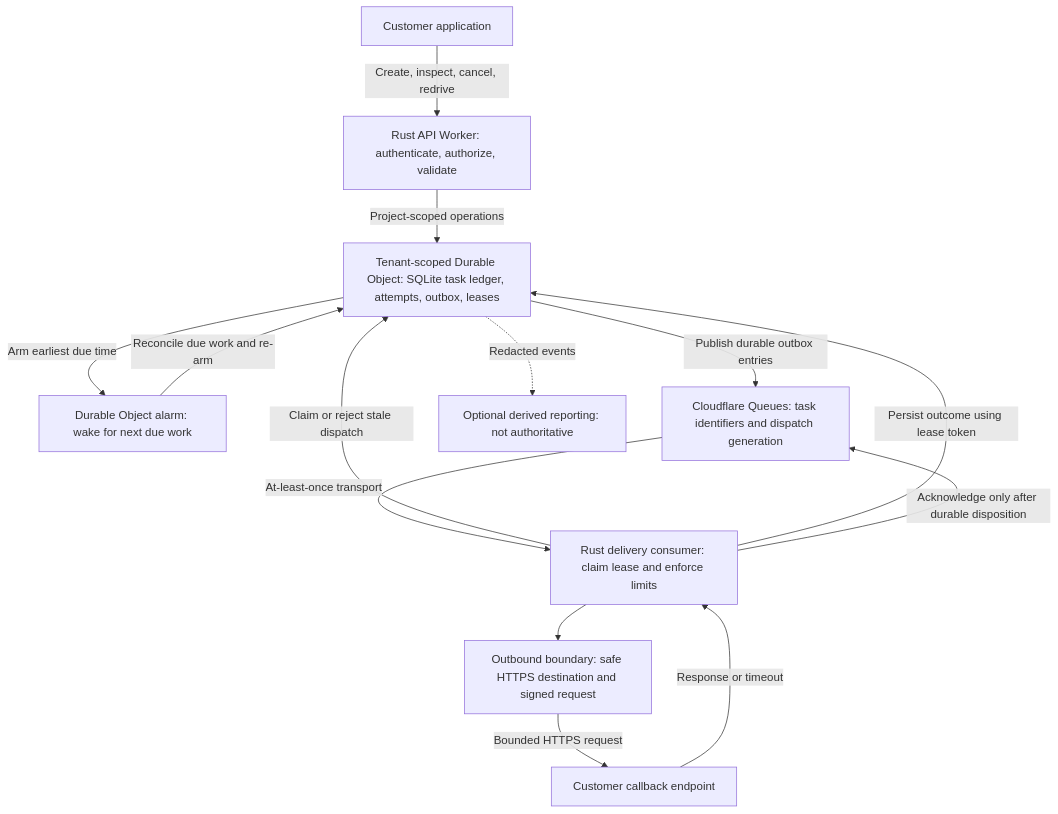
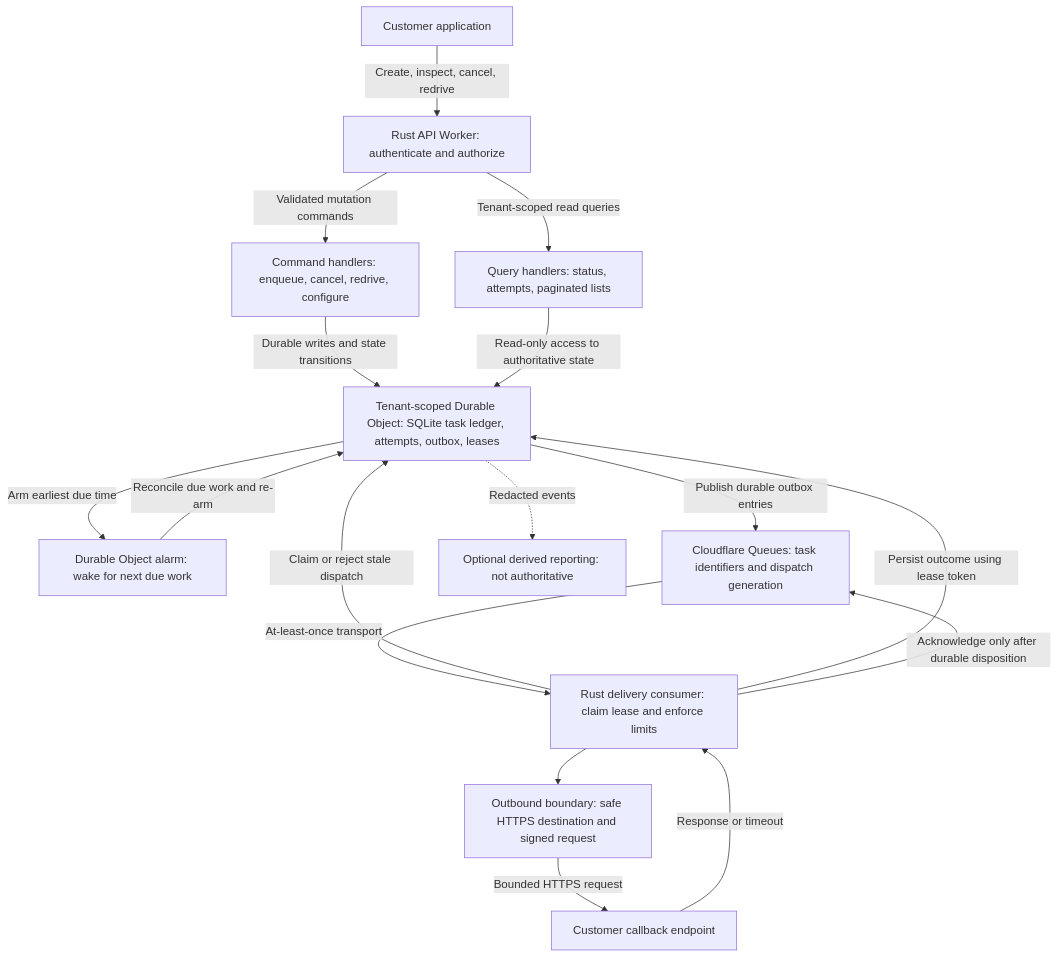
The first of 2 diagrams in README.md (thachp/runlater), drawn with Mermaid before and after one commit. The commit also changed other lines of this file, not shown here.

Commit message:
docs: apply CQRS command and query boundaries to system design

````diff
--- a/README.md
+++ b/README.md
@@ -37,26 +37,31 @@
 ```mermaid
 flowchart TD
     Client["Customer application"]
-    API["Rust API Worker: authenticate, authorize, validate"]
+    API["Rust API Worker: authenticate and authorize"]
+    Commands["Command handlers: enqueue, cancel, redrive, configure"]
+    Queries["Query handlers: status, attempts, paginated lists"]
     Ledger["Tenant-scoped Durable Object: SQLite task ledger, attempts, outbox, leases"]
     Alarm["Durable Object alarm: wake for next due work"]
     Queue["Cloudflare Queues: task identifiers and dispatch generation"]
     Consumer["Rust delivery consumer: claim lease and enforce limits"]
     Guard["Outbound boundary: safe HTTPS destination and signed request"]
     Endpoint["Customer callback endpoint"]
     Reports["Optional derived reporting: not authoritative"]
 
     Client -->|"Create, inspect, cancel, redrive"| API
-    API -->|"Project-scoped operations"| Ledger
+    API -->|"Validated mutation commands"| Commands
+    API -->|"Tenant-scoped read queries"| Queries
+    Commands -->|"Durable writes and state transitions"| Ledger
+    Queries -->|"Read-only access to authoritative state"| Ledger
     Ledger -->|"Arm earliest due time"| Alarm
     Alarm -->|"Reconcile due work and re-arm"| Ledger
     Ledger -->|"Publish durable outbox entries"| Queue
     Queue -->|"At-least-once transport"| Consumer
     Consumer -->|"Claim or reject stale dispatch"| Ledger
     Consumer --> Guard
     Guard -->|"Bounded HTTPS request"| Endpoint
     Endpoint -->|"Response or timeout"| Consumer
     Consumer -->|"Persist outcome using lease token"| Ledger
     Consumer -->|"Acknowledge only after durable disposition"| Queue
     Ledger -.->|"Redacted events"| Reports
 ```
````
